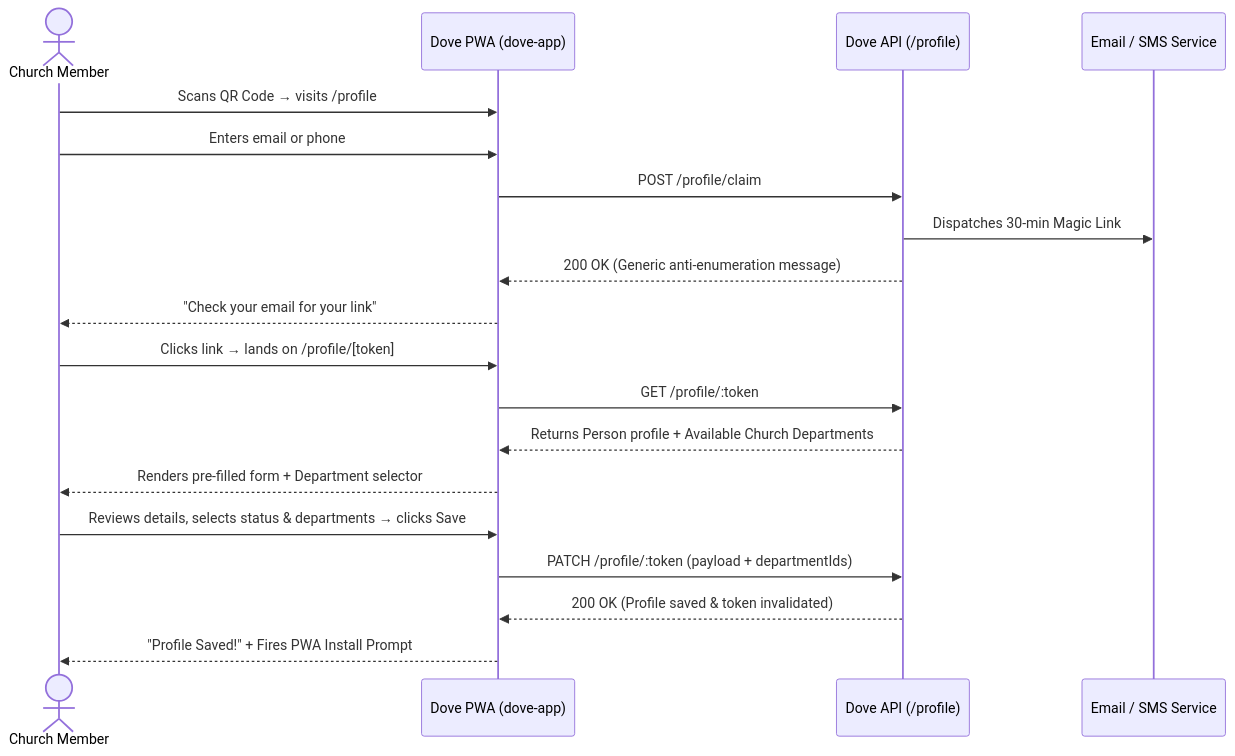
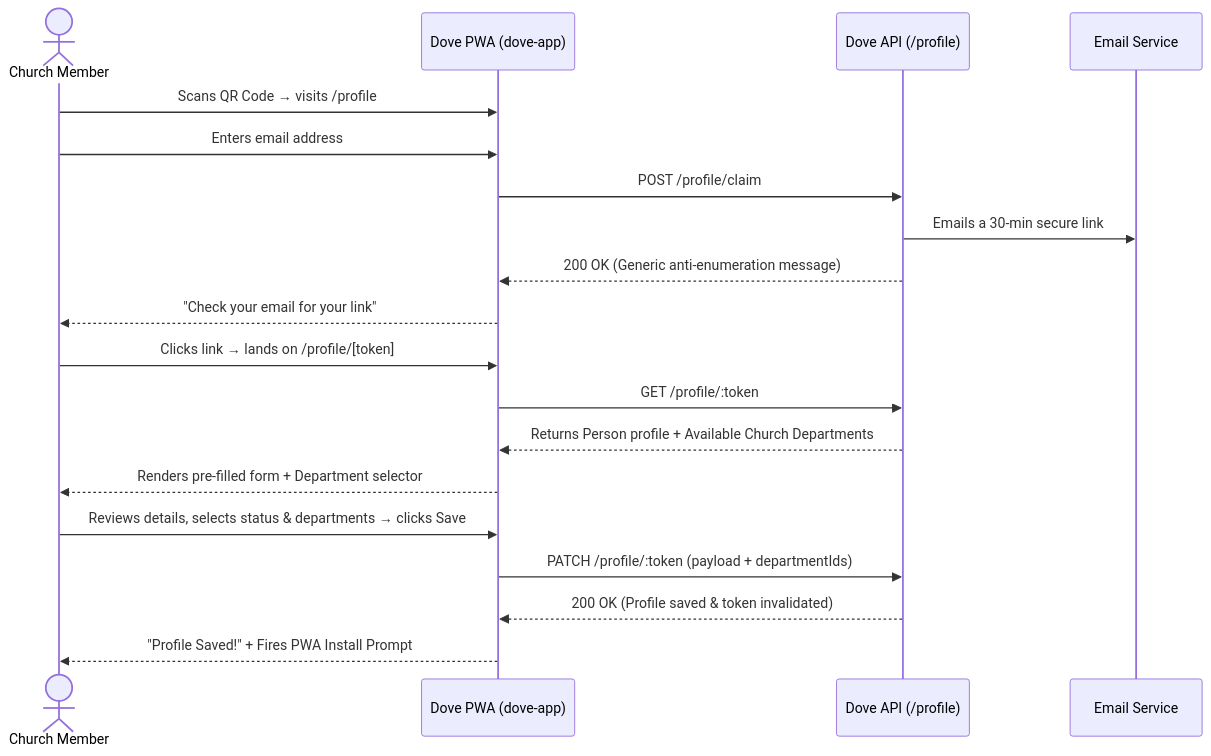
Before and after one commit to Gahbriehel/dove: the diagram in docs/FRONTEND_PWA_GUIDE.md, drawn with Mermaid. The commit also changed other lines of this file and 3 other files, not shown here.

Commit message:
feat(profile): add self-service profile link functionality with secure link authentication

````diff
--- a/docs/FRONTEND_PWA_GUIDE.md
+++ b/docs/FRONTEND_PWA_GUIDE.md
@@ -9,24 +9,24 @@
 ```mermaid
 sequenceDiagram
     actor Member as Church Member
     participant PWA as Dove PWA (dove-app)
     participant API as Dove API (/profile)
-    participant Email as Email / SMS Service
+    participant Email as Email Service
 
     Member->>PWA: Scans QR Code → visits /profile
-    Member->>PWA: Enters email or phone
+    Member->>PWA: Enters email address
     PWA->>API: POST /profile/claim
-    API->>Email: Dispatches 30-min Magic Link
+    API->>Email: Emails a 30-min secure link
     API-->>PWA: 200 OK (Generic anti-enumeration message)
     PWA-->>Member: "Check your email for your link"
 
     Member->>PWA: Clicks link → lands on /profile/[token]
     PWA->>API: GET /profile/:token
     API-->>PWA: Returns Person profile + Available Church Departments
     PWA-->>Member: Renders pre-filled form + Department selector
 
     Member->>PWA: Reviews details, selects status & departments → clicks Save
     PWA->>API: PATCH /profile/:token (payload + departmentIds)
     API-->>PWA: 200 OK (Profile saved & token invalidated)
     PWA-->>Member: "Profile Saved!" + Fires PWA Install Prompt
 ```
````
